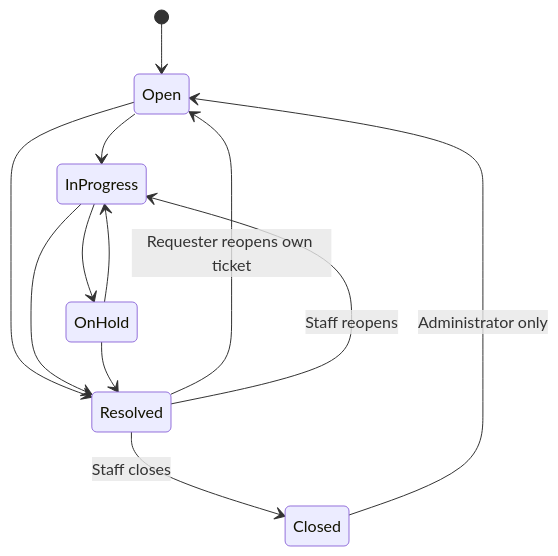
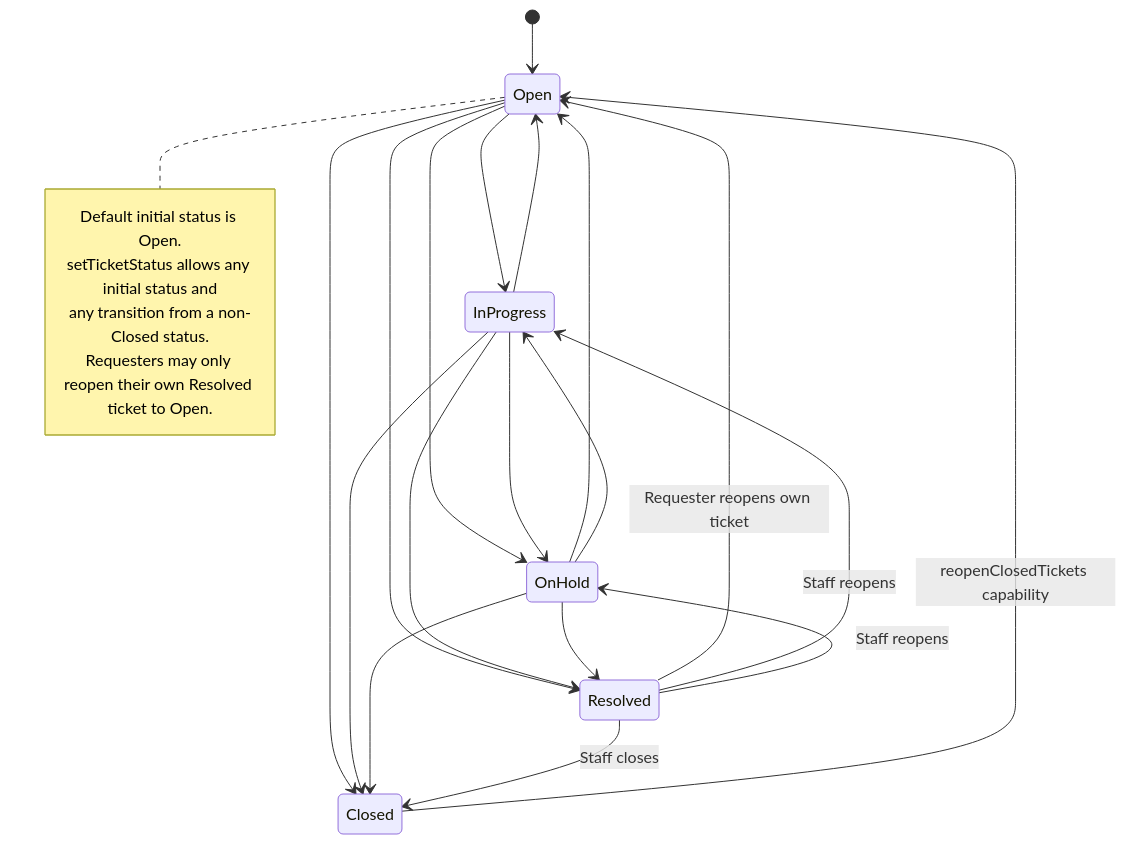
One commit to Mystery2099/capstone-ticket-system changed the diagram in docs/diagrams/ticket-lifecycle.mmd. Above: the diagram before and after it, drawn with Mermaid. The commit also changed 93 other files, not shown here.

```diff
--- a/docs/diagrams/ticket-lifecycle.mmd
+++ b/docs/diagrams/ticket-lifecycle.mmd
@@ -1,12 +1,25 @@
 stateDiagram-v2
     [*] --> Open
     Open --> InProgress
+    Open --> OnHold
+    Open --> Closed
+    InProgress --> Open
     InProgress --> OnHold
+    InProgress --> Closed
+    OnHold --> Open
     OnHold --> InProgress
     Open --> Resolved
     InProgress --> Resolved
     OnHold --> Resolved
+    OnHold --> Closed
     Resolved --> Open: Requester reopens own ticket
     Resolved --> InProgress: Staff reopens
+    Resolved --> OnHold: Staff reopens
     Resolved --> Closed: Staff closes
-    Closed --> Open: Administrator only
+    Closed --> Open: reopenClosedTickets capability
+    note right of Open
+        Default initial status is Open.
+        setTicketStatus allows any initial status and
+        any transition from a non-Closed status.
+        Requesters may only reopen their own Resolved ticket to Open.
+    end note
```
